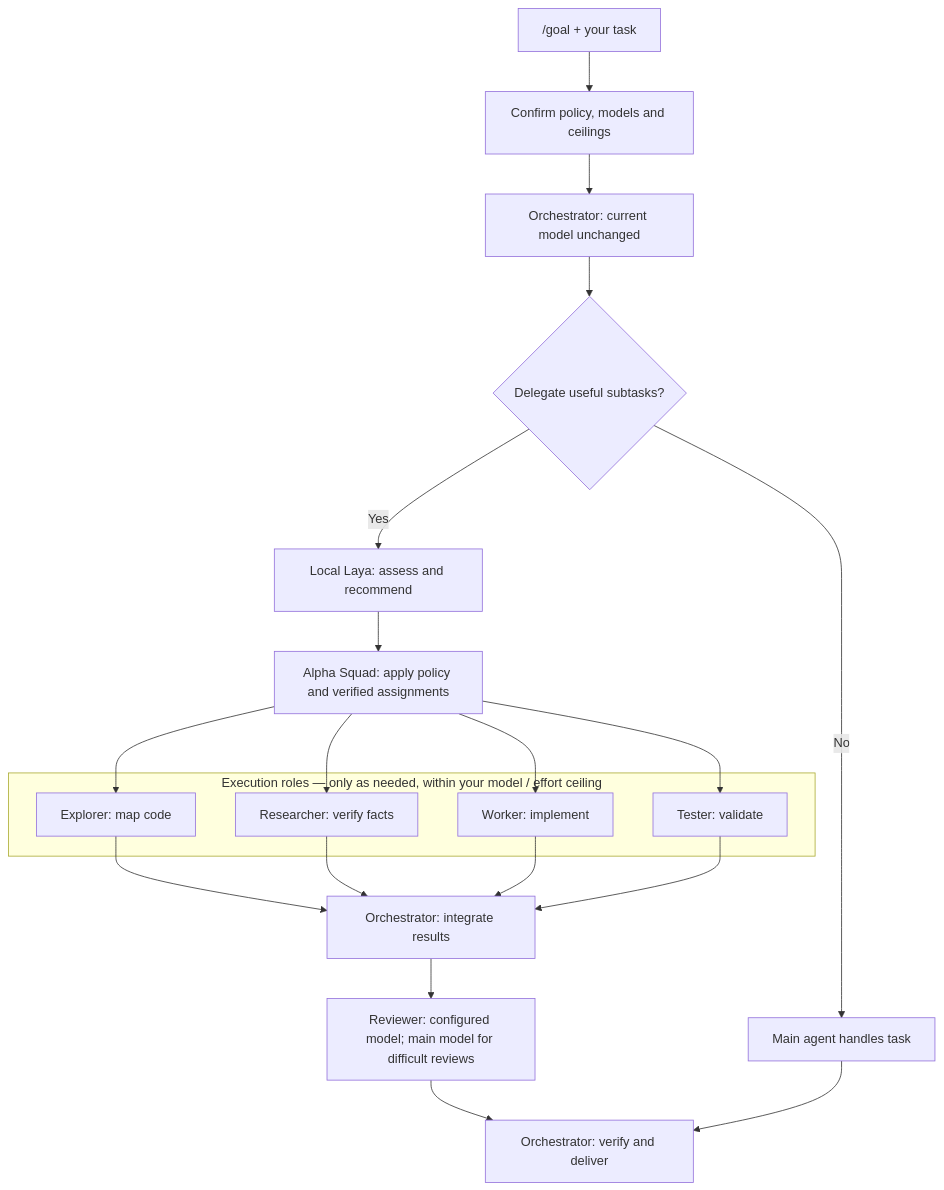
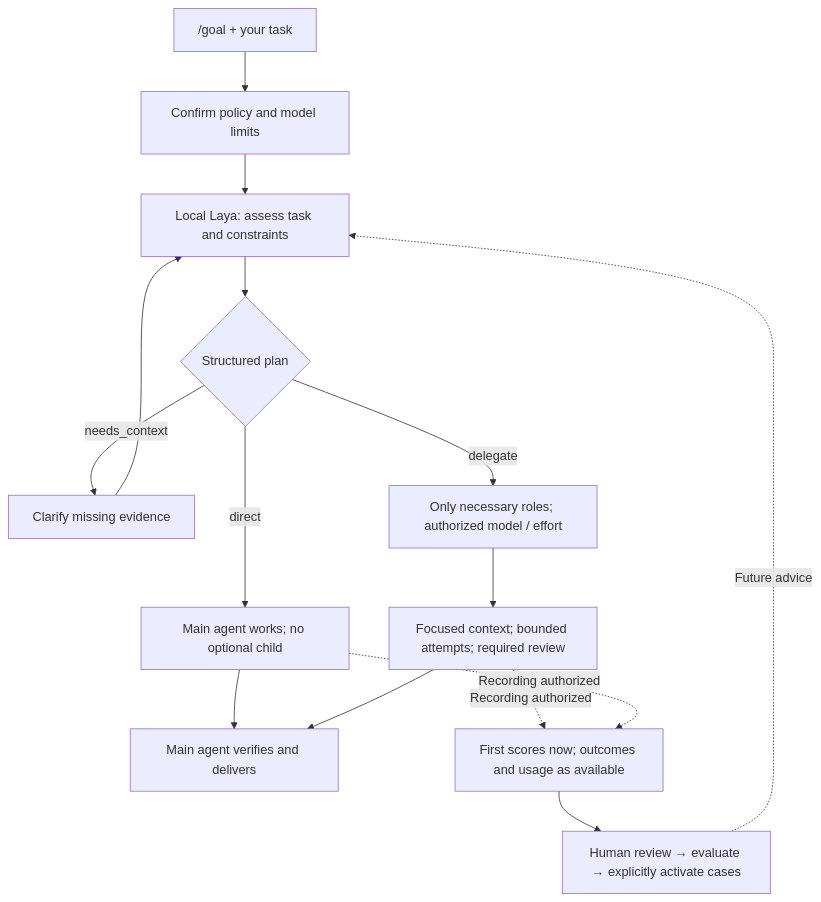
Before and after one commit to leo1394/oh-my-laya: the diagram in README.md, drawn with Mermaid. The commit also changed other lines of this file and 5 other files, not shown here.

````diff
--- a/README.md
+++ b/README.md
@@ -112,20 +61,17 @@
 ```mermaid
 flowchart TD
-    goal["/goal + your task"] --> setup["Confirm policy, models and ceilings"]
-    setup --> lead["Orchestrator: current model unchanged"]
-    lead --> split{"Delegate useful subtasks?"}
-    split -->|"No"| solo["Main agent handles task"]
-    split -->|"Yes"| laya["Local Laya: assess and recommend"]
-    laya --> route["Alpha Squad: apply policy and verified assignments"]
-    subgraph squad ["Execution roles — only as needed, within your model / effort ceiling"]
-        explorer["Explorer: map code"]
-        researcher["Researcher: verify facts"]
-        worker["Worker: implement"]
-        tester["Tester: validate"]
-    end
-    route --> explorer & researcher & worker & tester
-    explorer & researcher & worker & tester --> merge["Orchestrator: integrate results"]
-    merge --> review["Reviewer: configured model; main model for difficult reviews"]
-    review --> verify["Orchestrator: verify and deliver"]
-    solo --> verify
+    goal["/goal + your task"] --> limits["Confirm policy and model limits"]
+    limits --> assess["Local Laya: assess task and constraints"]
+    assess --> plan{"Structured plan"}
+    plan -->|"direct"| direct["Main agent works; no optional child"]
+    plan -->|"needs_context"| clarify["Clarify missing evidence"]
+    clarify --> assess
+    plan -->|"delegate"| squad["Only necessary roles; authorized model / effort"]
+    squad --> work["Focused context; bounded attempts; required review"]
+    direct --> verify["Main agent verifies and delivers"]
+    work --> verify
+    work -.->|"Recording authorized"| feedback["First scores now; outcomes and usage as available"]
+    direct -.->|"Recording authorized"| feedback
+    feedback --> study["Human review → evaluate → explicitly activate cases"]
+    study -.->|"Future advice"| assess
 ```
````
